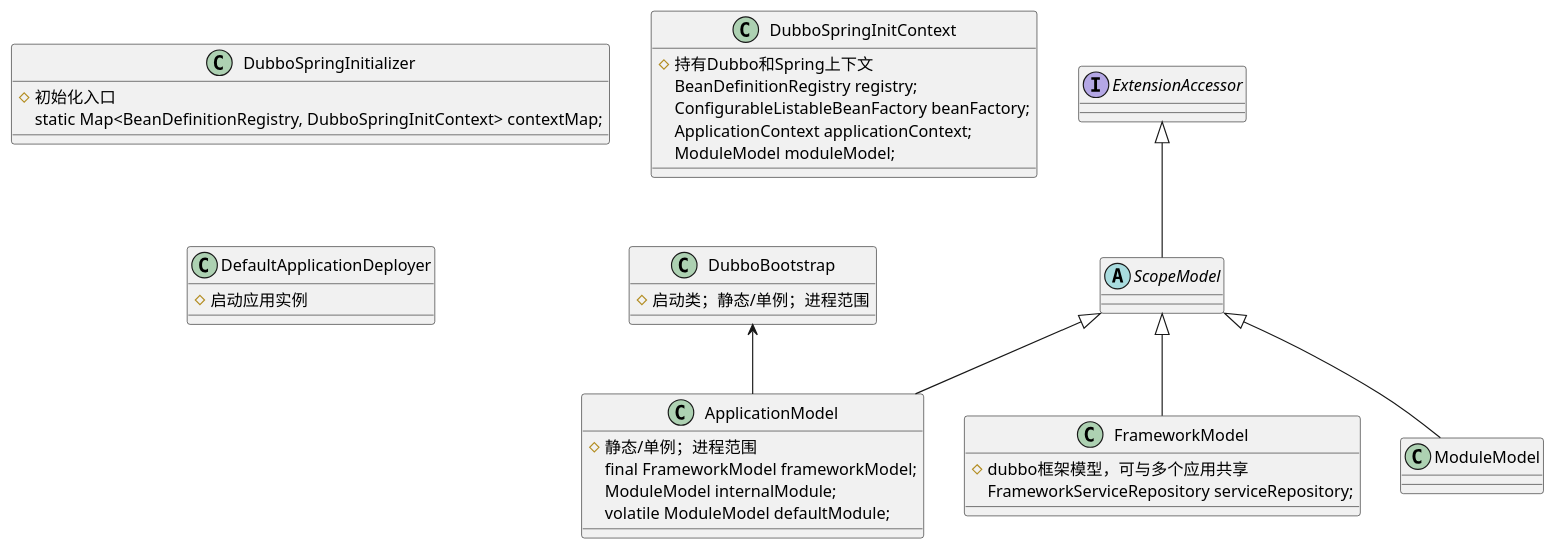
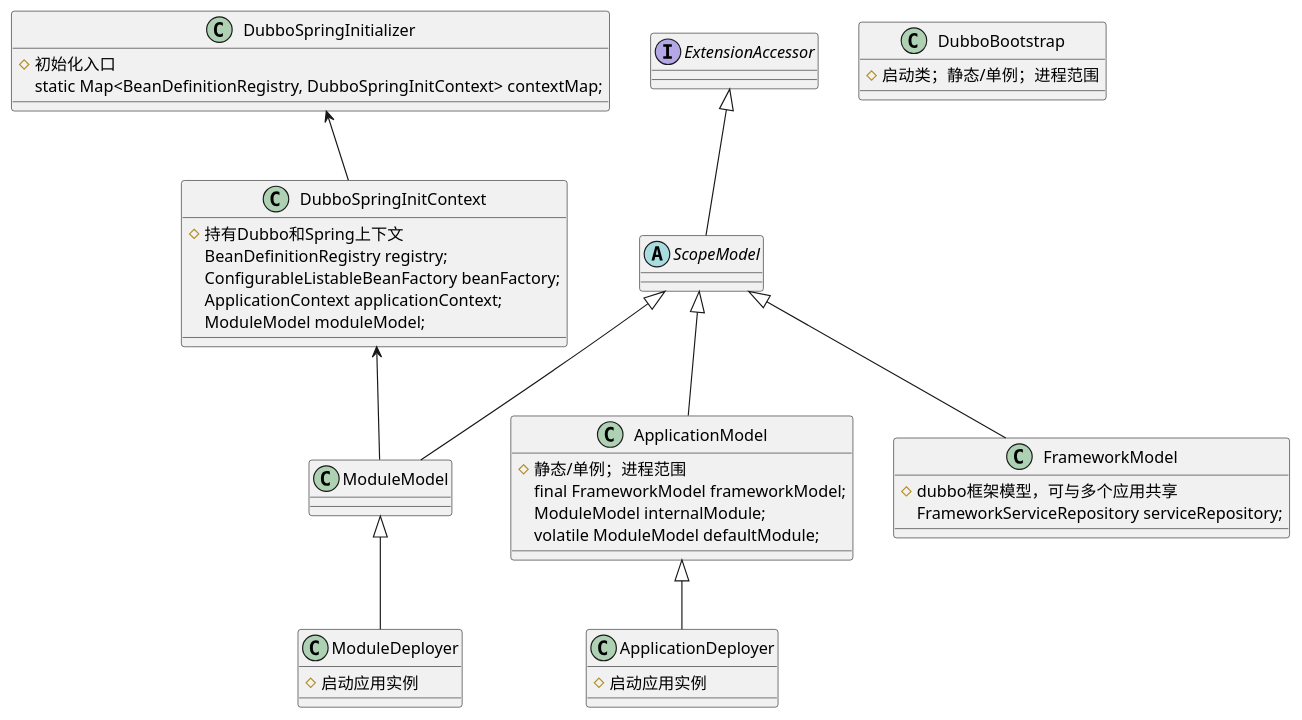
One commit to walklown/daily-code changed the diagram in design/dubbo/ApplicationModel.puml. Above: the diagram before and after it, drawn with PlantUML.

Commit message:
完善jacsondemo，解决jackson反序列化非class类型问题

```diff
--- a/design/dubbo/ApplicationModel.puml
+++ b/design/dubbo/ApplicationModel.puml
@@ -1,41 +1,47 @@
 @startuml
 'https://plantuml.com/class-diagram
 
-class DubboSpringInitializer {
+static class DubboSpringInitializer {
 # 初始化入口
 static Map<BeanDefinitionRegistry, DubboSpringInitContext> contextMap;
 }
 class DubboSpringInitContext {
 # 持有Dubbo和Spring上下文
 BeanDefinitionRegistry registry;
 ConfigurableListableBeanFactory beanFactory;
 ApplicationContext applicationContext;
 ModuleModel moduleModel;
 }
 class DubboBootstrap {
 # 启动类；静态/单例；进程范围
 }
-class DefaultApplicationDeployer {
+class ApplicationDeployer {
+# 启动应用实例
+}
+class ModuleDeployer {
 # 启动应用实例
 }
 interface ExtensionAccessor
 abstract class ScopeModel
 class ApplicationModel {
 # 静态/单例；进程范围
 final FrameworkModel frameworkModel;
 ModuleModel internalModule;
 volatile ModuleModel defaultModule;
 }
 class FrameworkModel {
 # dubbo框架模型，可与多个应用共享
 FrameworkServiceRepository serviceRepository;
 }
 class ModuleModel
 
+DubboSpringInitializer <-- DubboSpringInitContext
+DubboSpringInitContext <-- ModuleModel
 ExtensionAccessor <|-- ScopeModel
 ScopeModel <|-- ApplicationModel
 ScopeModel <|-- FrameworkModel
 ScopeModel <|-- ModuleModel
-DubboBootstrap <-- ApplicationModel
+ApplicationModel <|-- ApplicationDeployer
+ModuleModel <|-- ModuleDeployer
 
 @enduml
```
